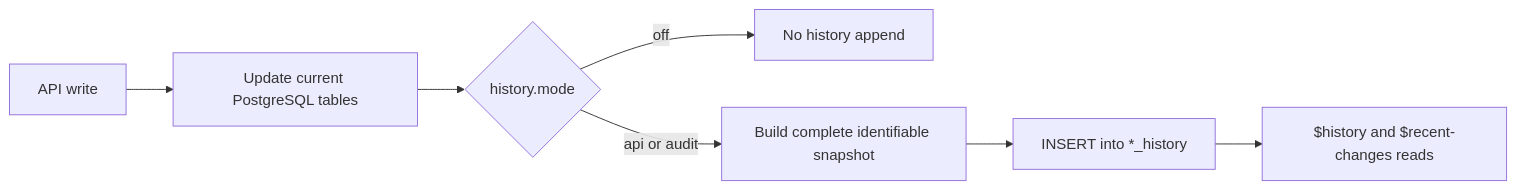
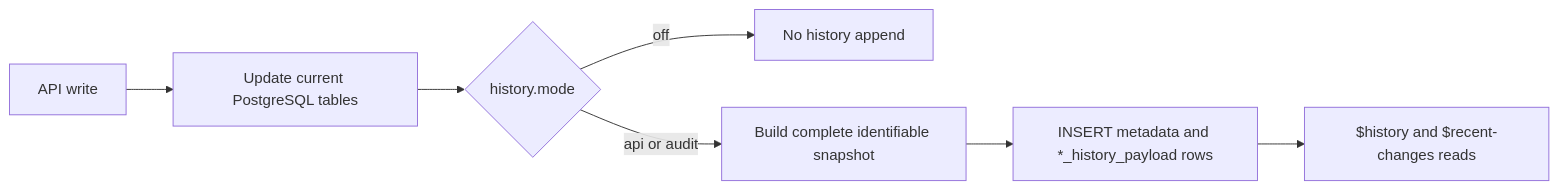
The first of 2 diagrams in docu/user/aas_api_v3_2.md (eclipse-basyx/basyx-go-components), drawn with Mermaid before and after one commit. The commit also changed other lines of this file and 22 other files, not shown here.

````diff
--- a/docu/user/aas_api_v3_2.md
+++ b/docu/user/aas_api_v3_2.md
@@ -112,9 +112,9 @@
 ```mermaid
 flowchart LR
     Client["API write"] --> Current["Update current PostgreSQL tables"]
     Current --> Mode{"history.mode"}
     Mode -->|off| Done["No history append"]
     Mode -->|api or audit| Snapshot["Build complete identifiable snapshot"]
-    Snapshot --> History["INSERT into *_history"]
+    Snapshot --> History["INSERT metadata and *_history_payload rows"]
     History --> Read["$history and $recent-changes reads"]
 ```
````
